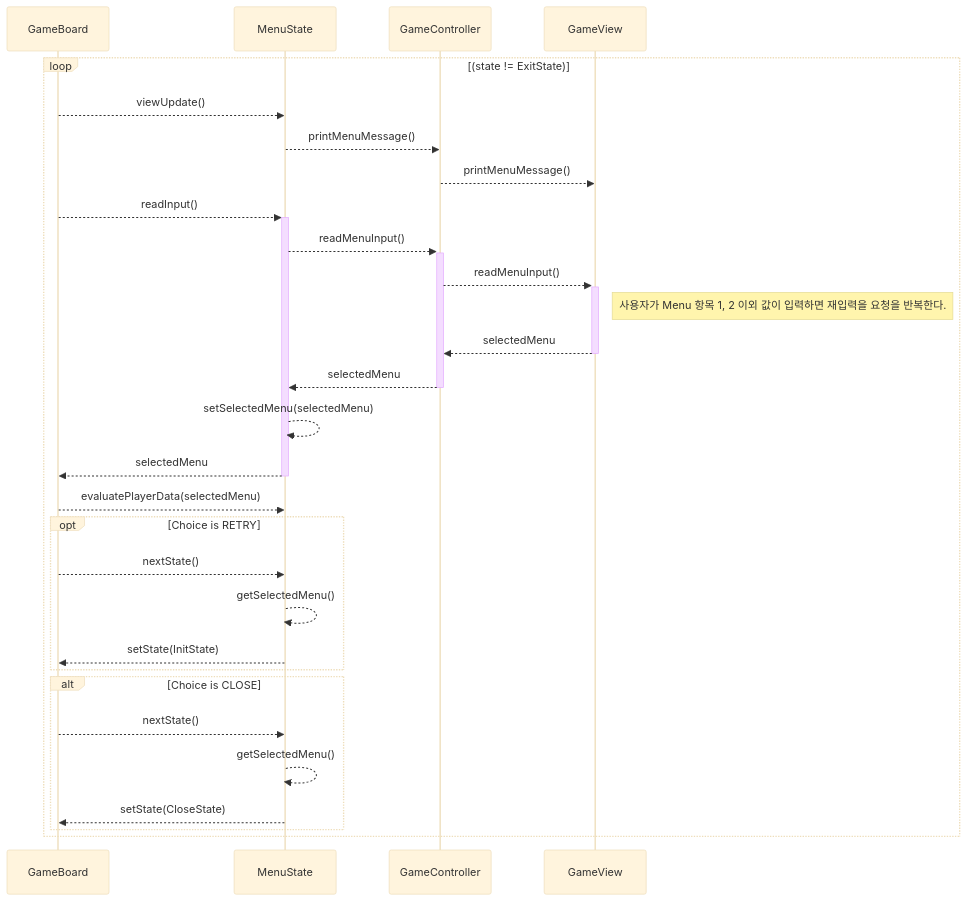
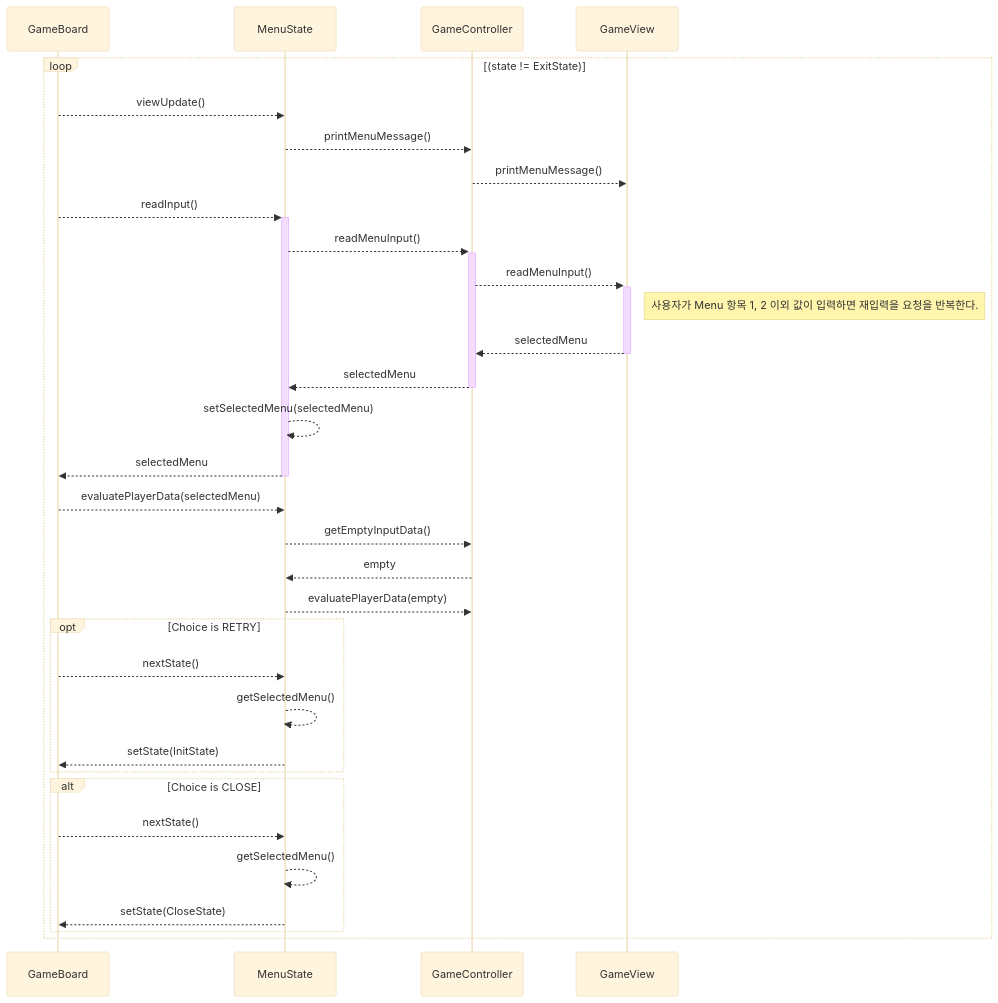
Before and after one commit to digiry/java-baseball-precourse: the sixth of 7 diagrams in docs/sequence_diagram.md, drawn with Mermaid (base theme).

Commit message:
docs: update menu state part of sequence diagram

````diff
--- a/docs/sequence_diagram.md
+++ b/docs/sequence_diagram.md
@@ -196,36 +196,39 @@
 ```mermaid
 sequenceDiagram
     participant GameBoard
     participant MenuState
     participant GameController
     participant GameView
 
     loop (state != ExitState)
         GameBoard -->> MenuState: viewUpdate()
         MenuState -->> GameController: printMenuMessage()
         GameController -->> GameView: printMenuMessage()
 
         GameBoard -->>+ MenuState: readInput()
         MenuState -->>+ GameController: readMenuInput()
         GameController -->>+ GameView: readMenuInput()
         Note right of GameView: 사용자가 Menu 항목 1, 2 이외 값이 입력하면 재입력을 요청을 반복한다.
         GameView -->>- GameController: selectedMenu
         GameController -->>- MenuState: selectedMenu
         MenuState -->> MenuState: setSelectedMenu(selectedMenu)
         MenuState -->>- GameBoard: selectedMenu
 
         GameBoard -->> MenuState: evaluatePlayerData(selectedMenu)
+        MenuState -->> GameController: getEmptyInputData()
+        GameController -->> MenuState: empty
+        MenuState -->> GameController: evaluatePlayerData(empty)
 
         opt Choice is RETRY
             GameBoard -->> MenuState: nextState()
             MenuState -->> MenuState: getSelectedMenu()
             MenuState -->> GameBoard: setState(InitState)
         end
 
         alt Choice is CLOSE
             GameBoard -->> MenuState: nextState()
             MenuState -->> MenuState: getSelectedMenu()
             MenuState -->> GameBoard: setState(CloseState)
         end
     end
 ```
````
